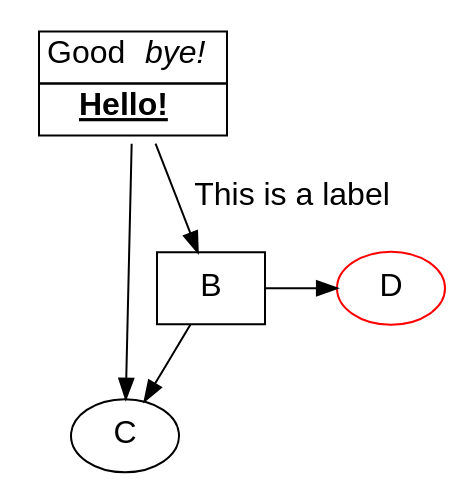
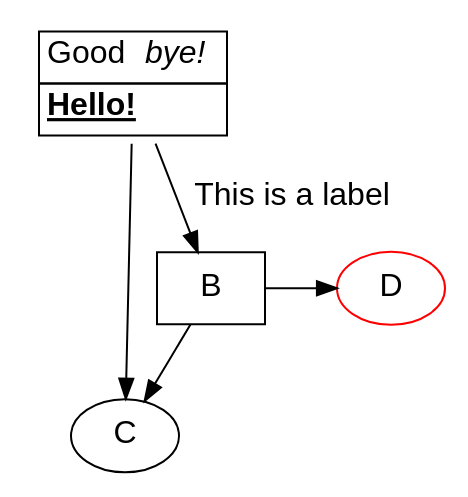
Before and after one commit to softwaretechnik-berlin/graphviz-scala: the diagram in doc/test.dot, drawn with Graphviz. The commit also changed 6 other files, not shown here.

```diff
--- a/doc/test.dot
+++ b/doc/test.dot
@@ -1,36 +1,36 @@
 digraph  {
   node  [
     fontname = "Helvetica";
     fontsize = 16.0;
   ];
   edge  [
     fontname = "Helvetica";
     fontsize = 16.0;
   ];
   fontname = "Helvetica";
   fontsize = 16.0;
   A [
     label = <<TABLE border="0" cellBorder="1" cellPadding="3" cellSpacing="0">
-      <TR>List(<TD>Good <I>bye!</I></TD>)</TR>
-      <TR>List(<TD><B><U>Hello!</U></B></TD>)</TR>
+      <TR>List(<TD >Good <I>bye!</I></TD>)</TR>
+      <TR>List(<TD align="Left"><B><U>Hello!</U></B></TD>)</TR>
     </TABLE>>;
     shape = none;
   ];
   C;
   subgraph  {
     rank = same;
     B [
       shape = box;
     ];
     D [
       color = "#FF0000";
     ];
   }
   
   A -> B [
     label = "This is a label";
   ];
   A -> C;
   B -> C;
   B -> D;
 }
```
